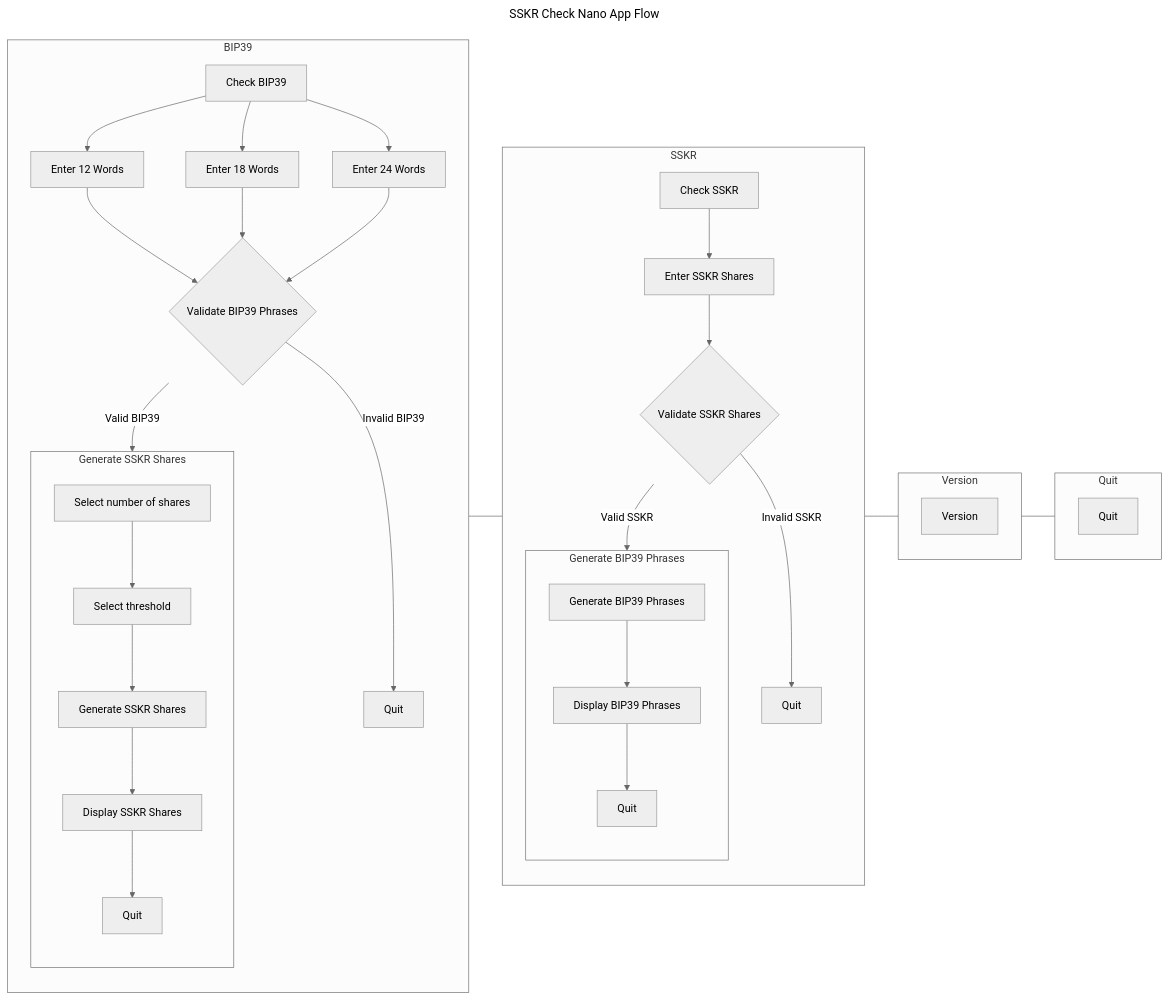
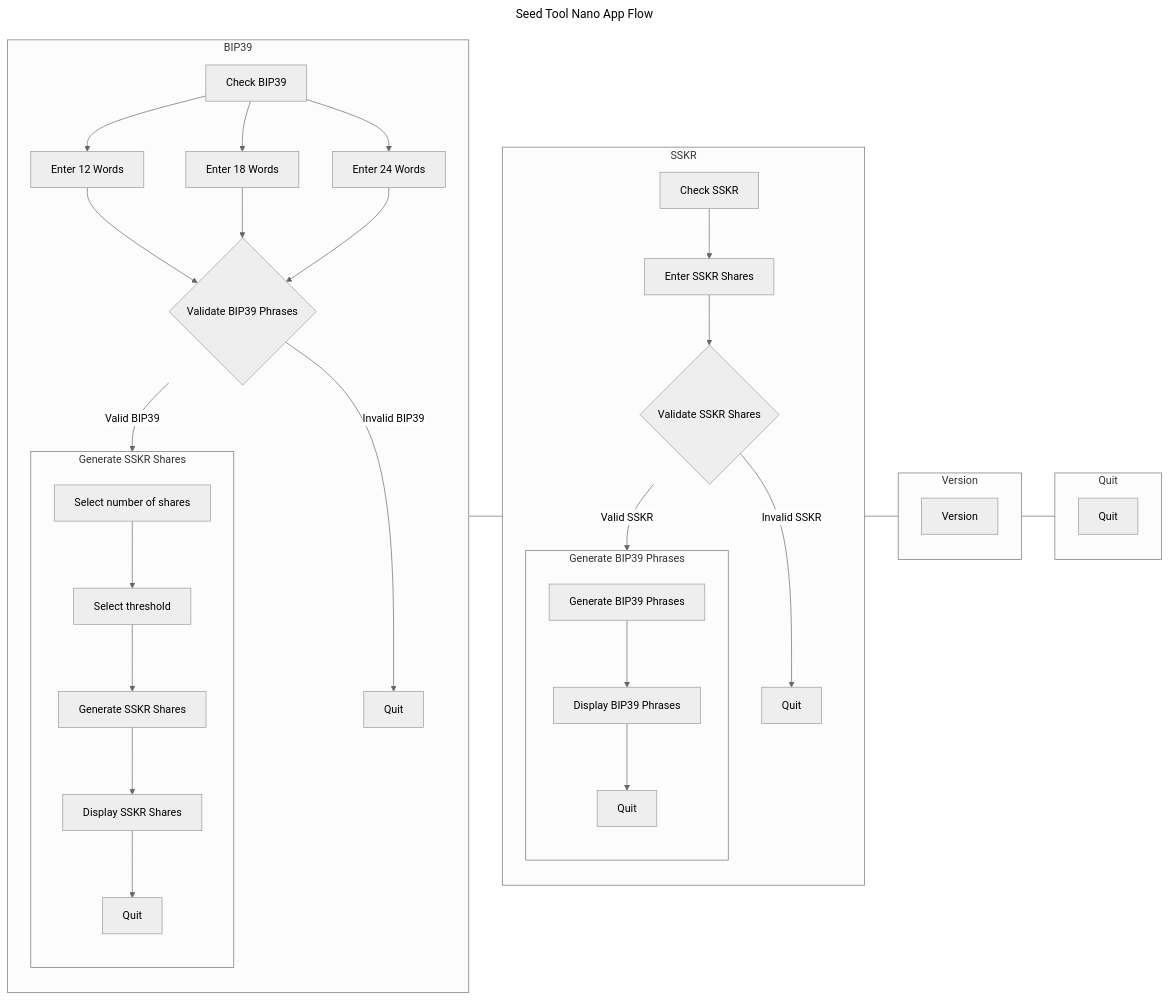
Before and after one commit to LedgerHQ/app-recovery-check: the first of 3 diagrams in README.md, drawn with Mermaid (neutral theme). The commit also changed 7 other files, not shown here.

````diff
--- a/README.md
+++ b/README.md
@@ -26,38 +26,38 @@
 ```mermaid
 ---
-title: SSKR Check Nano App Flow
+title: Seed Tool Nano App Flow
 ---
 flowchart LR
     1 --- 2 --- 3 --- 4
     subgraph 1[BIP39]
         direction TB
         1.1[Check BIP39]
         1.1 --> 1.2.1[Enter 12 Words] --> 1.3{Validate BIP39 Phrases}
         1.1 --> 1.2.2[Enter 18 Words] --> 1.3
         1.1 --> 1.2.3[Enter 24 Words] --> 1.3
         1.3 --> |Valid BIP39| 1.4
         1.3 --> |Invalid BIP39| 1.3.1[Quit]
         subgraph 1.4[Generate SSKR Shares]
             direction TB
             1.4.1[Select number of shares] --> 1.4.2[Select threshold] --> 1.4.3[Generate SSKR Shares] --> 1.4.4[Display SSKR Shares] --> 1.4.5[Quit]
         end
     end
     subgraph 2[SSKR]
         direction TB
         2.1[Check SSKR] --> 2.2[Enter SSKR Shares] --> 2.3{Validate SSKR Shares}
         2.3 --> |Valid SSKR| 2.4
         2.3 --> |Invalid SSKR| 2.3.1[Quit]
         subgraph 2.4[Generate BIP39 Phrases]
             direction TB
             2.4.1[Generate BIP39 Phrases] --> 2.4.2[Display BIP39 Phrases] --> 2.4.3[Quit]
         end
     end
     subgraph 3[Version]
         direction TB
         3.1[Version]
         end
     subgraph 4[Quit]
         direction TB
         4.1[Quit]
     end
 ```
````
